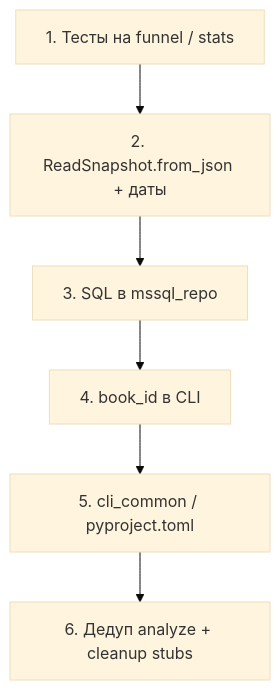
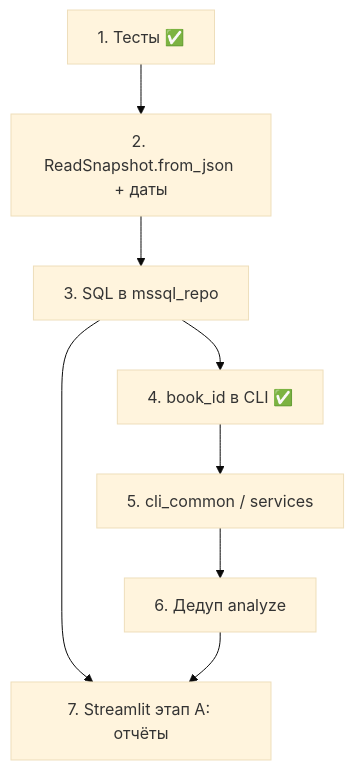
Before and after one commit to megabax/BookReadingAnalyzer: the diagram in refactoring_plan.md, drawn with Mermaid (base theme). The commit also changed other lines of this file and 11 other files, not shown here.

````diff
--- a/refactoring_plan.md
+++ b/refactoring_plan.md
@@ -265,8 +289,10 @@
 ```mermaid
 flowchart TD
-    A["1. Тесты на funnel / stats"] --> B["2. ReadSnapshot.from_json + даты"]
+    A["1. Тесты ✅"] --> B["2. ReadSnapshot.from_json + даты"]
     B --> C["3. SQL в mssql_repo"]
-    C --> D["4. book_id в CLI"]
-    D --> E["5. cli_common / pyproject.toml"]
-    E --> F["6. Дедуп analyze + cleanup stubs"]
+    C --> D["4. book_id в CLI ✅"]
+    D --> E["5. cli_common / services"]
+    E --> F["6. Дедуп analyze"]
+    C --> G["7. Streamlit этап A: отчёты"]
+    F --> G
 ```
````
